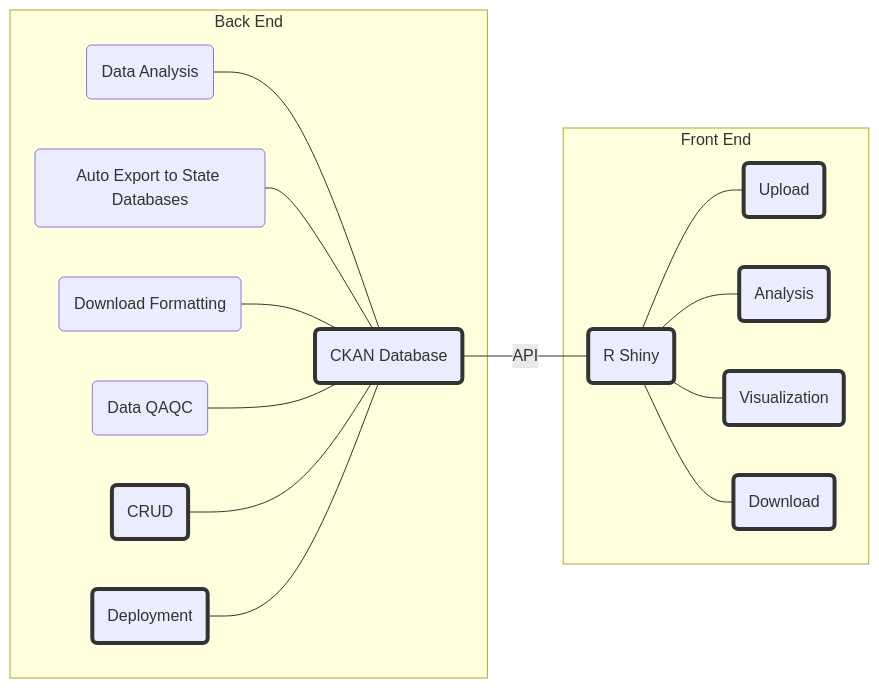
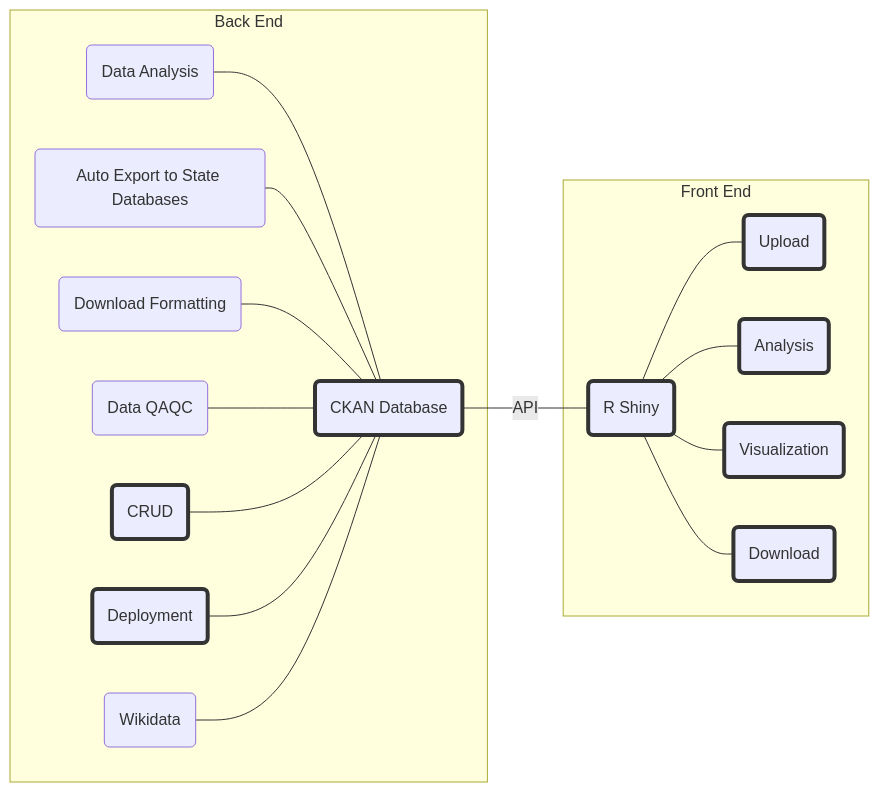
The second of 3 diagrams in README.md (Moore-Institute-4-Plastic-Pollution-Res/Microplastic_Data_Portal), drawn with Mermaid before and after one commit. The commit also changed other lines of this file, not shown here.

````diff
--- a/README.md
+++ b/README.md
@@ -82,34 +82,36 @@
 ```mermaid
 graph LR
     B(CKAN Database)--API---I(R Shiny);
       subgraph Back End
       A(Data Analysis)---B;
       C(Auto Export to State Databases)---B;
       D(Download Formatting)---B;
       E(Data QAQC)---B;
       F(CRUD)---B;
       G(Deployment)---B;
+      H(Wikidata)---B;
       end
       subgraph Front End
       I---J(Upload);
       I---K(Analysis);
       I---L(Visualization);
       I---M(Download);
       end
       click B href "https://github.com/ckan/ckan" _blank
       click I "https://shiny.rstudio.com/" "R Shiny"
       click L "https://plotly.com/r/" "Plotly"
+      click H "https://www.wikidata.org/wiki/Wikidata:Main_Page" "Wikidata"
       click J "https://shiny.rstudio.com/gallery/file-upload.html" "Upload"
       click M "https://shiny.rstudio.com/gallery/file-download.html" "Download"
       click K "https://www.tidyverse.org/" "tidyverse"
       click F "https://github.com/ropensci/ckanr"
       click G "https://docs.ckan.org/en/2.9/maintaining/installing/install-from-docker-compose.html"
       style B stroke:#333,stroke-width:4px
       style F stroke:#333,stroke-width:4px
       style G stroke:#333,stroke-width:4px
       style I stroke:#333,stroke-width:4px
       style L stroke:#333,stroke-width:4px
       style J stroke:#333,stroke-width:4px
       style M stroke:#333,stroke-width:4px
       style K stroke:#333,stroke-width:4px
 ```
````
